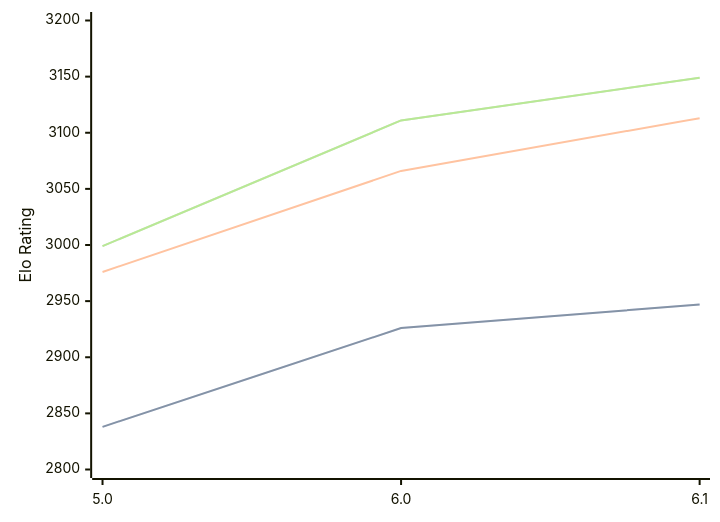
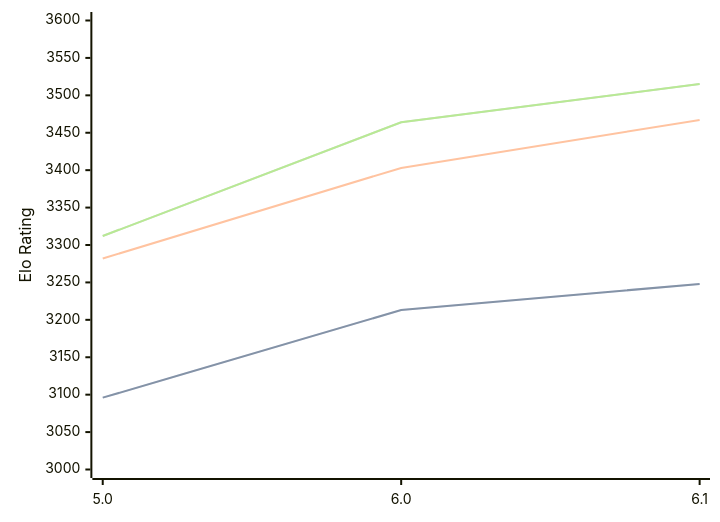
The diagram in engines/PZChessBot.md (computer-chess-index/cci), drawn with Mermaid before and after one commit. The commit also changed other lines of this file, not shown here.

Commit message:
Update CCI Ratings (ELO VLTC) - 2026-02-24

````diff
--- a/engines/PZChessBot.md
+++ b/engines/PZChessBot.md
@@ -39,11 +40,11 @@
 ```mermaid
 %%{init: {"theme":"base","themeVariables":{"seriesColors:['#a3a3a3','#222221','#faa371']}}}%%
 xychart-beta
   x-axis ["5.0", "6.0", "6.1"]
-  y-axis "Elo Rating" 2800 --> 3200
-  line "STC (8.0+0.08s)" [2838, 2926, 2947]
-  line "STC (8.0+0.08s)" [2838, 2926, 2947]
-  line "LTC (60.0+0.60s)" [2976, 3066, 3113]
-  line "VLTC (2m24s+1.12s)" [2999, 3111, 3149]
-  line "VLTC (2m24s+1.12s)" [2999, 3111, 3149]
+  y-axis "Elo Rating" 3000 --> 3600
+  line "STC (8.0+0.08s)" [3096, 3213, 3248]
+  line "STC (8.0+0.08s)" [3096, 3213, 3248]
+  line "LTC (60.0+0.60s)" [3282, 3403, 3467]
+  line "VLTC (2m24s+1.12s)" [3312, 3464, 3515]
+  line "VLTC (2m24s+1.12s)" [3312, 3464, 3515]
 ```
````
